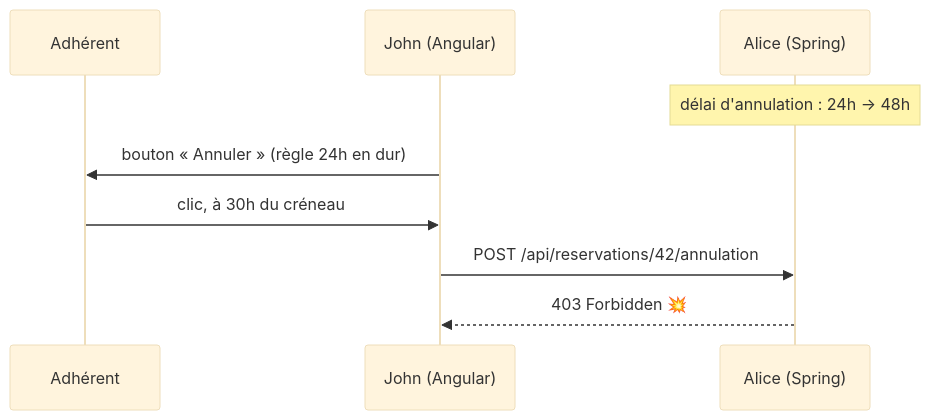
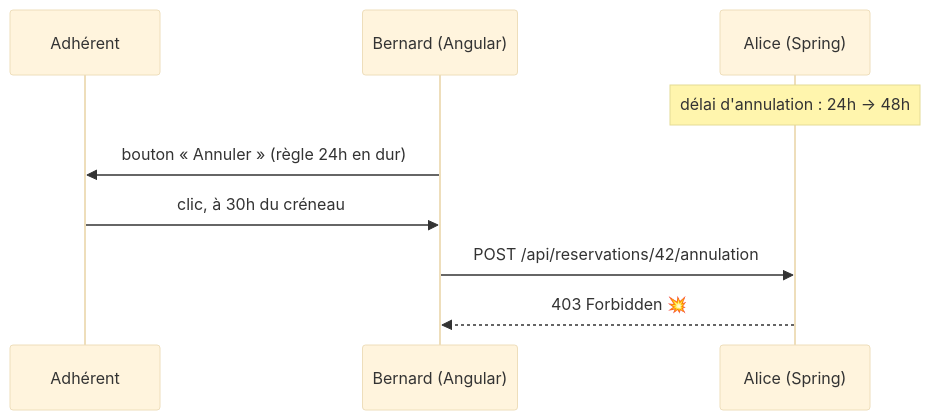
One commit to benjilegnard/hateoas-and-spa-a-loveoas-story changed the sixth of 8 diagrams in public/hateoas-a-love-story.md. Above: the diagram before and after it, drawn with Mermaid (base theme). The commit also changed other lines of this file and 4 other files, not shown here.

````diff
--- a/public/hateoas-a-love-story.md
+++ b/public/hateoas-a-love-story.md
@@ -527,11 +557,11 @@
 ```mermaid
 sequenceDiagram
   participant U as Adhérent
-  participant J as John (Angular)
+  participant J as Bernard (Angular)
   participant A as Alice (Spring)
   Note over A: délai d'annulation : 24h → 48h
   J->>U: bouton « Annuler » (règle 24h en dur)
   U->>J: clic, à 30h du créneau
   J->>A: POST /api/reservations/42/annulation
   A-->>J: 403 Forbidden 💥
 ```
````
